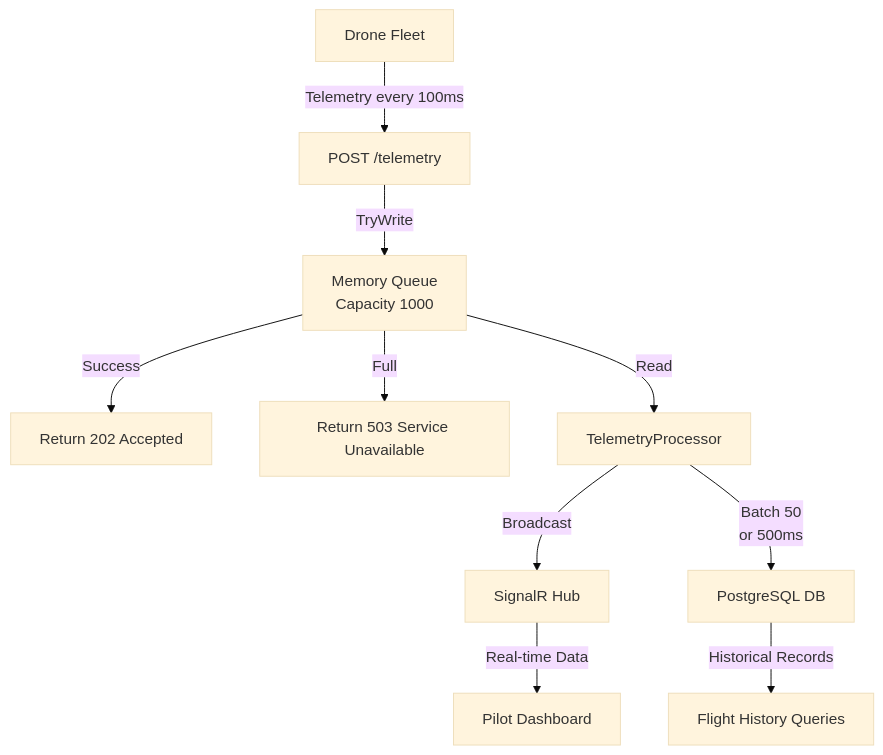
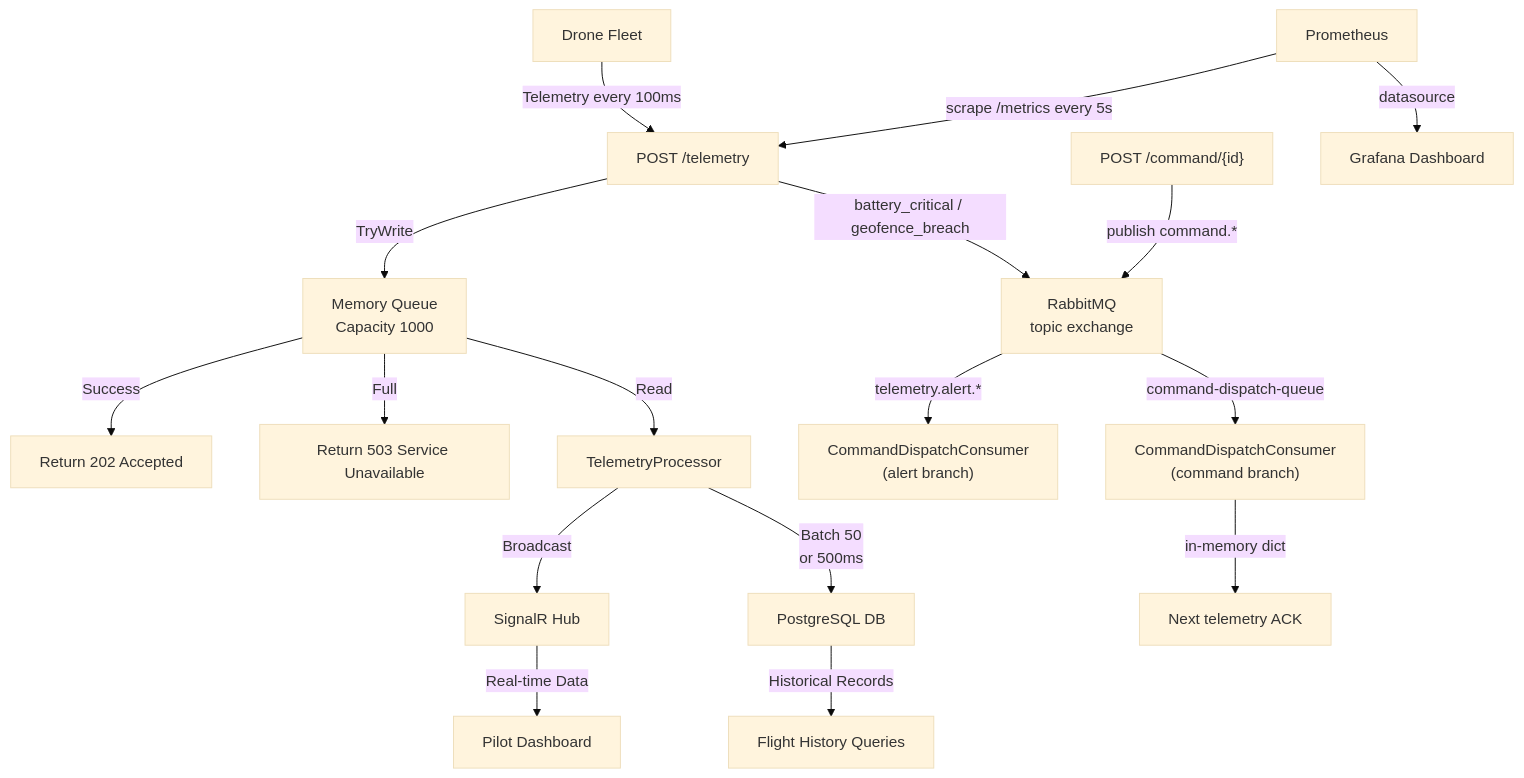
Before and after one commit to MoreiraMicael/AeroStream: the diagram in TECHNICAL_DOCUMENTATION.md, drawn with Mermaid (base theme). The commit also changed other lines of this file and 13 other files, not shown here.

First line of the commit message:
Messaging & Observability: RabbitMQ + Prometheus + Grafana (#3)

````diff
--- a/TECHNICAL_DOCUMENTATION.md
+++ b/TECHNICAL_DOCUMENTATION.md
@@ -94,12 +98,19 @@
 ```mermaid
 flowchart TD
   A["Drone Fleet"] -->|Telemetry every 100ms| B["POST /telemetry"]
   B -->|TryWrite| C["Memory Queue<br/>Capacity 1000"]
   C -->|Success| D["Return 202 Accepted"]
   C -->|Full| E["Return 503 Service Unavailable"]
   C -->|Read| F["TelemetryProcessor"]
   F -->|Broadcast| G["SignalR Hub"]
   F -->|Batch 50<br/>or 500ms| H["PostgreSQL DB"]
   G -->|Real-time Data| I["Pilot Dashboard"]
   H -->|Historical Records| J["Flight History Queries"]
+  B -->|battery_critical / geofence_breach| K["RabbitMQ<br/>topic exchange"]
+  K -->|telemetry.alert.*| L["CommandDispatchConsumer<br/>(alert branch)"]
+  M["POST /command/{id}"] -->|publish command.*| K
+  K -->|command-dispatch-queue| N["CommandDispatchConsumer<br/>(command branch)"]
+  N -->|in-memory dict| O["Next telemetry ACK"]
+  P["Prometheus"] -->|scrape /metrics every 5s| B
+  P -->|datasource| Q["Grafana Dashboard"]
 ```
````
